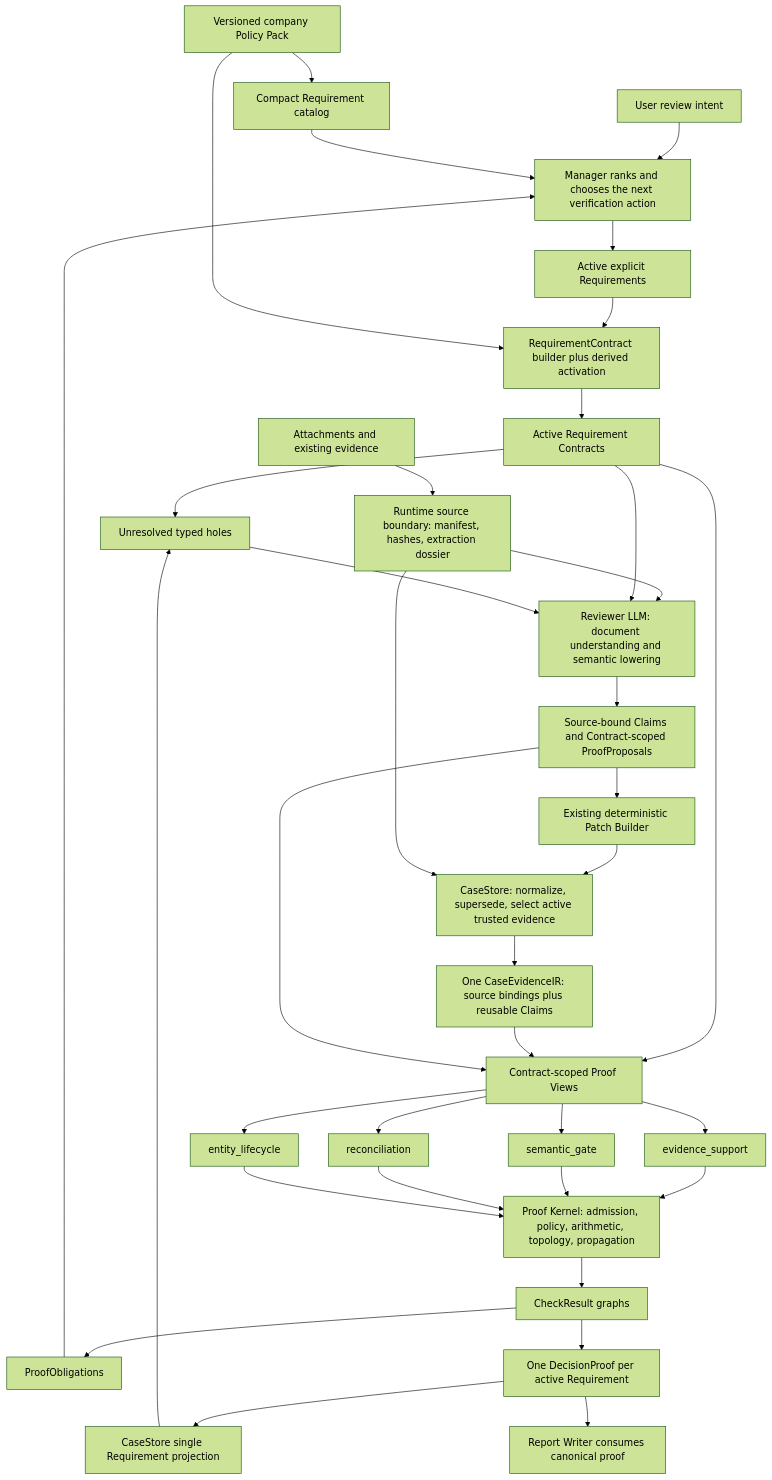
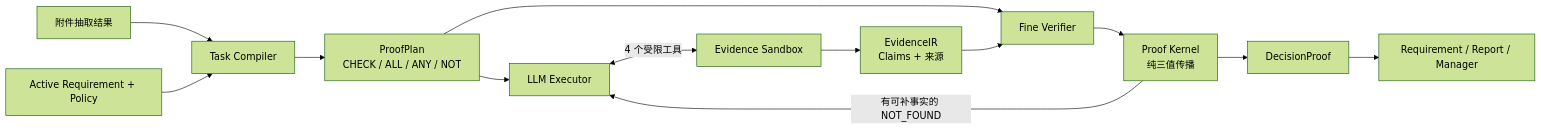
Before and after one commit to Sanssssssssssssssss/invoice-case-workbench-openai-sdk: the diagram in docs/PROOF_CARRYING_EVIDENCE_COMPILER.md, drawn with Mermaid (forest theme). The commit also changed other lines of this file and 103 other files, not shown here.

Commit message:
Rebuild evidence compiler as sandboxed proof runtime

````diff
--- a/docs/PROOF_CARRYING_EVIDENCE_COMPILER.md
+++ b/docs/PROOF_CARRYING_EVIDENCE_COMPILER.md
@@ -9,38 +13,15 @@
 ```mermaid
-flowchart TD
-    U["User review intent"] --> MG["Manager: choose Policy profile or explicit Requirements"]
-    P["Versioned company Policy Pack"] --> CAT["Compact Requirement catalog"]
-    CAT --> MG
-    MG --> Q["Active explicit Requirements"]
-    A["Attachments and existing evidence"] --> R["Runtime source boundary: manifest, hashes, extraction dossier"]
-    Q --> B["RequirementContract builder plus derived activation"]
-    P --> B
-    B --> C["Active Requirement Contracts"]
-    C --> H["Unresolved typed holes"]
-    R --> L["Reviewer LLM: document understanding and semantic lowering"]
-    C --> L
-    H --> L
-    L --> X["Source-bound Claims and Contract-scoped ProofProposals"]
-    X --> W["Existing deterministic Patch Builder"]
-    W --> S["CaseStore: normalize, supersede, select active trusted evidence"]
-    R --> S
-    S --> IR["One CaseEvidenceIR: source bindings plus reusable Claims"]
-    C --> V["Contract-scoped Proof Views"]
+flowchart LR
+    A["附件抽取结果"] --> B["Task Compiler"]
+    R["Active Requirement + Policy"] --> B
+    B --> C["ProofPlan<br/>CHECK / ALL / ANY / NOT"]
+    C --> D["LLM Executor"]
+    D <-->|"4 个受限工具"| S["Evidence Sandbox"]
+    S --> IR["EvidenceIR<br/>Claims + 来源"]
+    C --> V["Fine Verifier"]
     IR --> V
-    X --> V
-    V --> E["evidence_support"]
-    V --> G["semantic_gate"]
-    V --> M["reconciliation"]
-    V --> Y["entity_lifecycle"]
-    E --> K["Proof Kernel: admission, policy, arithmetic, topology, propagation"]
-    G --> K
-    M --> K
-    Y --> K
-    K --> CR["CheckResult graphs"]
-    CR --> O["ProofObligations"]
-    CR --> D["One DecisionProof per active Requirement"]
-    D --> SP["CaseStore single Requirement projection"]
-    O --> MG["Manager ranks and chooses the next verification action"]
-    D --> RW["Report Writer consumes canonical proof"]
-    SP --> H
+    V --> K["Proof Kernel<br/>纯三值传播"]
+    K -->|"有可补事实的 NOT_FOUND"| D
+    K --> P["DecisionProof"]
+    P --> O["Requirement / Report / Manager"]
 ```
````
